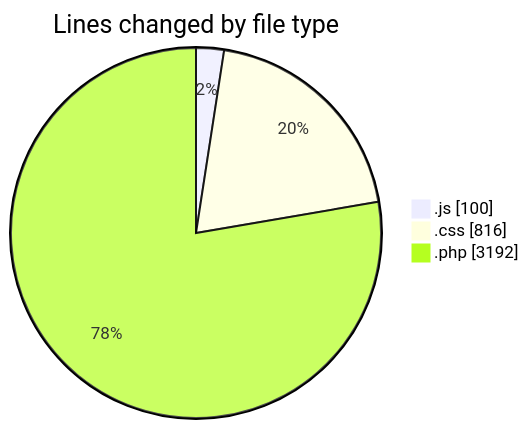
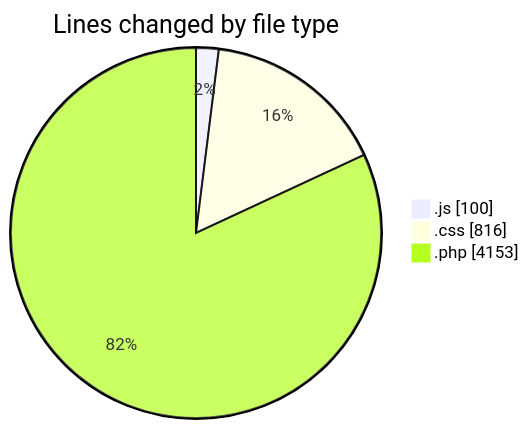
The first of 2 diagrams in 2025-08-25/quytuthien_vn/README.md (lephambinh05/code-tracking), drawn with Mermaid before and after one commit. The commit also changed other lines of this file and 1 other file, not shown here.

````diff
--- a/2025-08-25/quytuthien_vn/README.md
+++ b/2025-08-25/quytuthien_vn/README.md
@@ -50,7 +50,7 @@
 ```mermaid
 pie showData
 title Lines changed by file type
 ".js" : 100
 ".css" : 816
-".php" : 3192
+".php" : 4153
 ```
````
